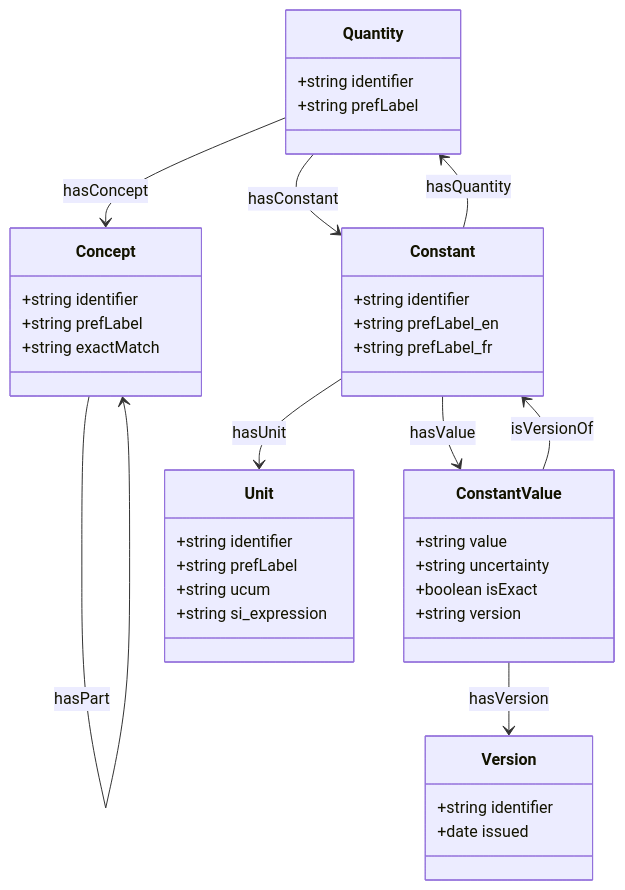
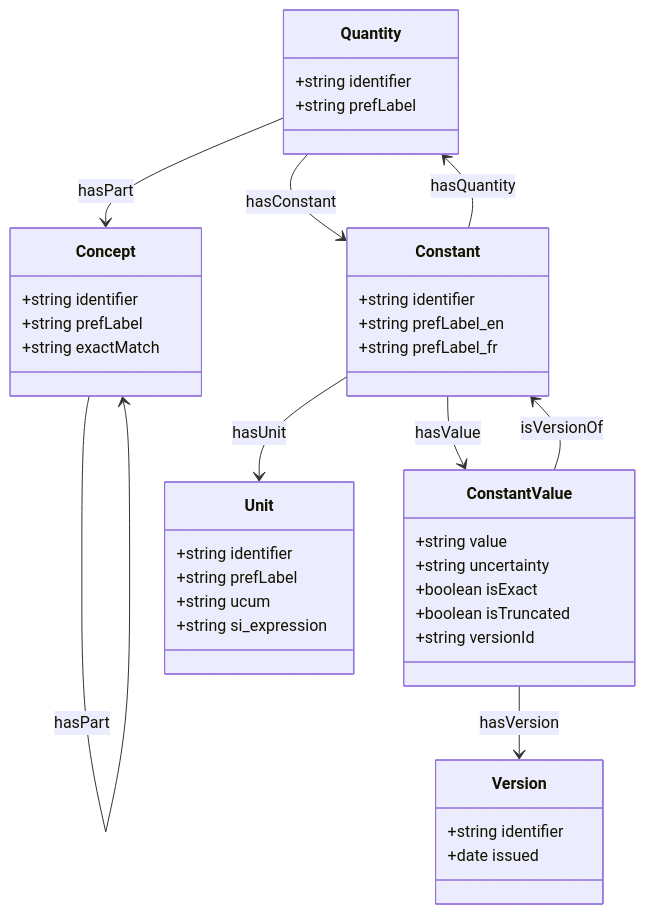
The second of 2 diagrams in CODATA_CONSTANTS_MODEL.md (codata/drum-constants), drawn with Mermaid before and after one commit. The commit also changed other lines of this file, not shown here.

````diff
--- a/CODATA_CONSTANTS_MODEL.md
+++ b/CODATA_CONSTANTS_MODEL.md
@@ -105,48 +107,49 @@
 ```mermaid
 classDiagram
     class Concept {
         +string identifier
         +string prefLabel
         +string exactMatch
     }
     
     class Quantity {
         +string identifier
         +string prefLabel
     }
     
     class Constant {
         +string identifier
         +string prefLabel_en
         +string prefLabel_fr
     }
     
     class Unit {
         +string identifier
         +string prefLabel
         +string ucum
         +string si_expression
     }
     
     class Version {
         +string identifier
         +date issued
     }
     
     class ConstantValue {
         +string value
         +string uncertainty
         +boolean isExact
-        +string version
+        +boolean isTruncated
+        +string versionId
     }
 
     Concept --> Concept : broader
     Concept --> Concept : hasPart
-    Quantity --> Concept : hasConcept
+    Quantity --> Concept : hasPart
     Constant --> Quantity : hasQuantity
     Quantity --> Constant : hasConstant
     Constant --> Unit : hasUnit
     Constant --> ConstantValue : hasValue
     ConstantValue --> Constant : isVersionOf
     ConstantValue --> Version : hasVersion
 ```
````
